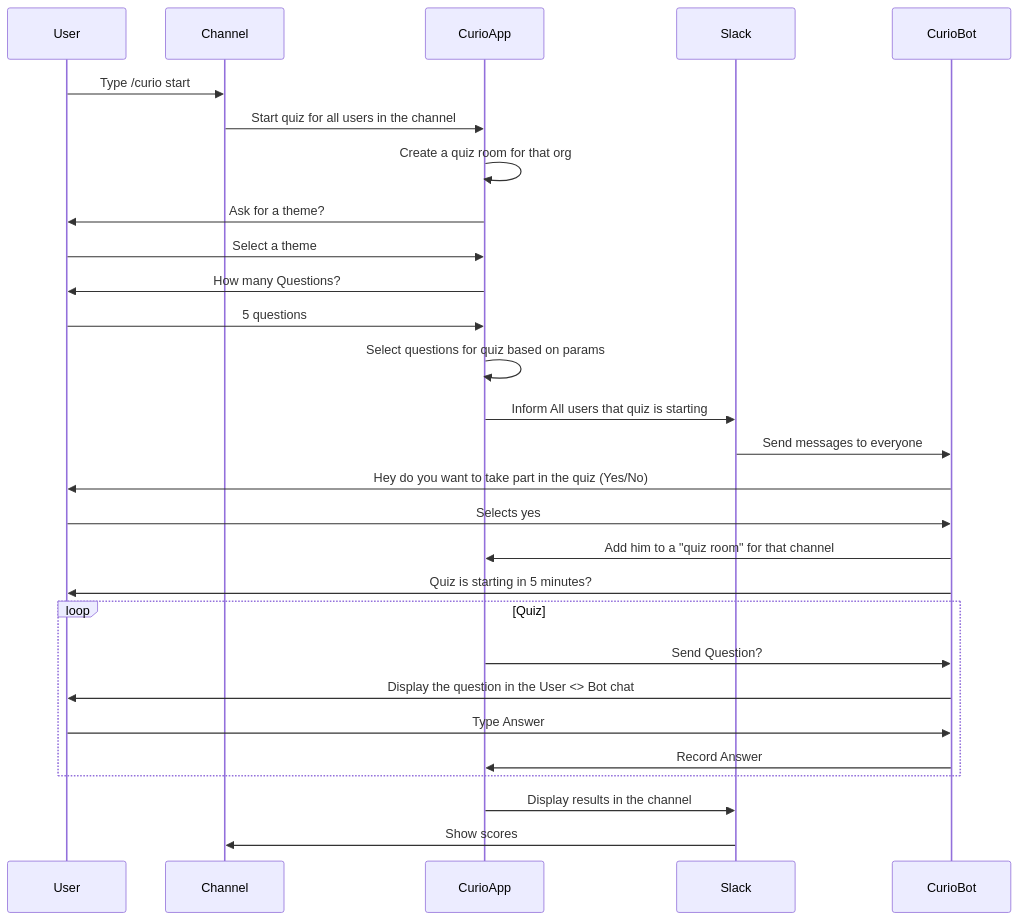
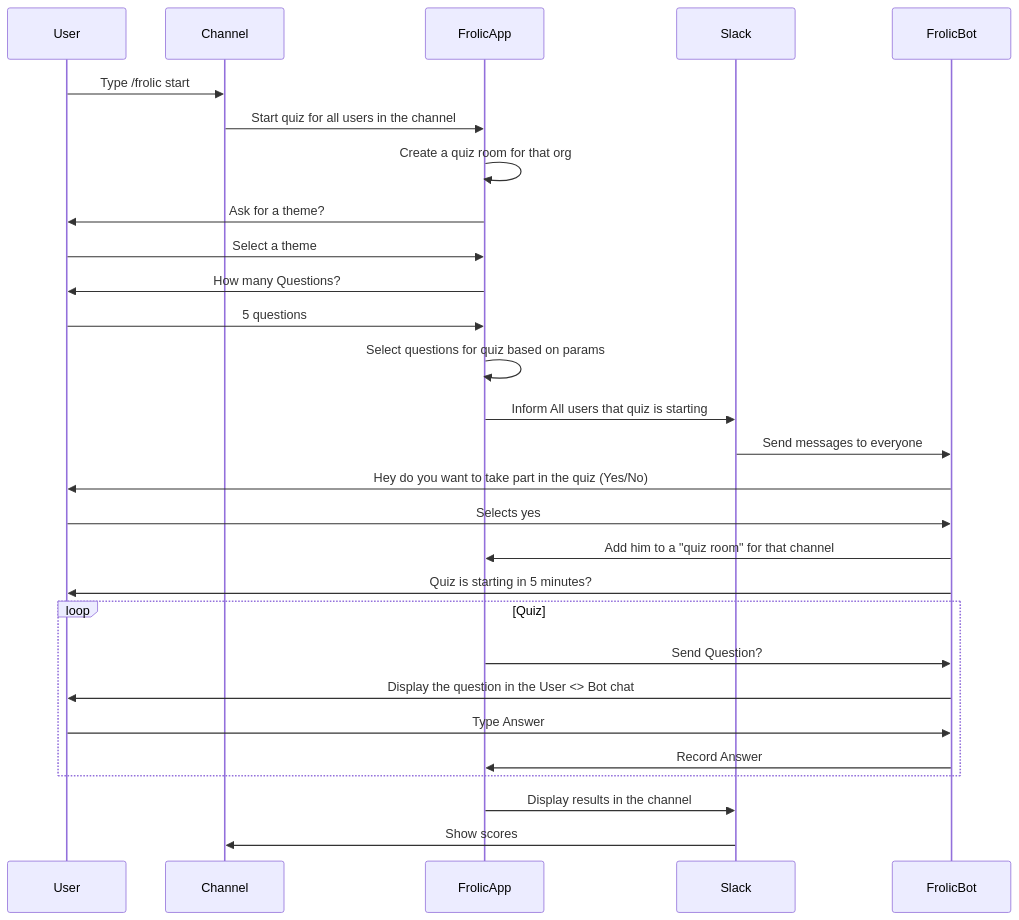
The diagram in README.md (jartek/frolic), drawn with Mermaid before and after one commit. The commit also changed other lines of this file and 1 other file, not shown here.

````diff
--- a/README.md
+++ b/README.md
@@ -1,25 +3,25 @@
 ```mermaid
 sequenceDiagram
-    User ->> Channel: Type /curio start
-    Channel ->> CurioApp: Start quiz for all users in the channel
-    CurioApp ->> CurioApp: Create a quiz room for that org
-    CurioApp ->> User: Ask for a theme?
-    User ->> CurioApp: Select a theme
-    CurioApp ->> User: How many Questions?
-    User ->> CurioApp: 5 questions
-    CurioApp ->> CurioApp: Select questions for quiz based on params
-    CurioApp ->> Slack: Inform All users that quiz is starting
-    Slack ->> CurioBot: Send messages to everyone
-    CurioBot ->> User: Hey do you want to take part in the quiz (Yes/No)
-    User ->> CurioBot: Selects yes
-    CurioBot ->> CurioApp: Add him to a "quiz room" for that channel
-    CurioBot ->> User: Quiz is starting in 5 minutes?
+    User ->> Channel: Type /frolic start
+    Channel ->> FrolicApp: Start quiz for all users in the channel
+    FrolicApp ->> FrolicApp: Create a quiz room for that org
+    FrolicApp ->> User: Ask for a theme?
+    User ->> FrolicApp: Select a theme
+    FrolicApp ->> User: How many Questions?
+    User ->> FrolicApp: 5 questions
+    FrolicApp ->> FrolicApp: Select questions for quiz based on params
+    FrolicApp ->> Slack: Inform All users that quiz is starting
+    Slack ->> FrolicBot: Send messages to everyone
+    FrolicBot ->> User: Hey do you want to take part in the quiz (Yes/No)
+    User ->> FrolicBot: Selects yes
+    FrolicBot ->> FrolicApp: Add him to a "quiz room" for that channel
+    FrolicBot ->> User: Quiz is starting in 5 minutes?
     loop Quiz
-      CurioApp ->> CurioBot: Send Question?
-      CurioBot ->> User: Display the question in the User <> Bot chat
-      User ->> CurioBot: Type Answer
-      CurioBot ->> CurioApp: Record Answer
+      FrolicApp ->> FrolicBot: Send Question?
+      FrolicBot ->> User: Display the question in the User <> Bot chat
+      User ->> FrolicBot: Type Answer
+      FrolicBot ->> FrolicApp: Record Answer
     end
-    CurioApp ->> Slack: Display results in the channel
+    FrolicApp ->> Slack: Display results in the channel
     Slack ->> Channel: Show scores
 ```
````
